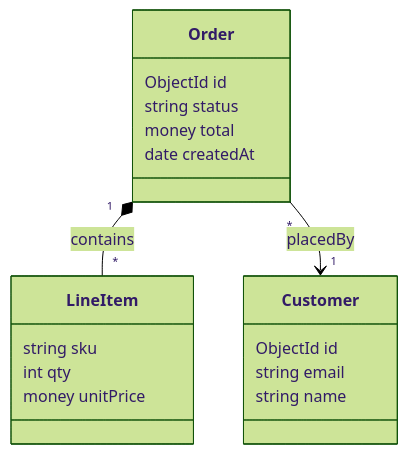
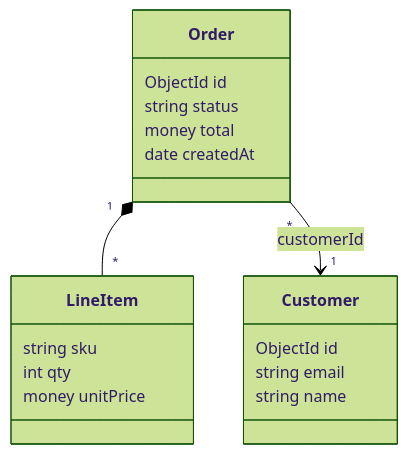
The diagram in method/domain-cards.md (nseniak/coyodex), drawn with Mermaid (forest theme) before and after one commit. The commit also changed other lines of this file and 7 other files, not shown here.

````diff
--- a/method/domain-cards.md
+++ b/method/domain-cards.md
@@ -194,21 +219,21 @@
 ```mermaid
 classDiagram
   class E1["Order"] {
     ObjectId id
     string status
     money total
     date createdAt
   }
   class E2["LineItem"] {
     string sku
     int qty
     money unitPrice
   }
   class E3["Customer"] {
     ObjectId id
     string email
     string name
   }
-  E1 "1" *-- "*" E2 : contains
-  E1 "*" --> "1" E3 : placedBy
+  E1 "1" *-- "*" E2
+  E1 "*" --> "1" E3 : customerId
 ```
````
